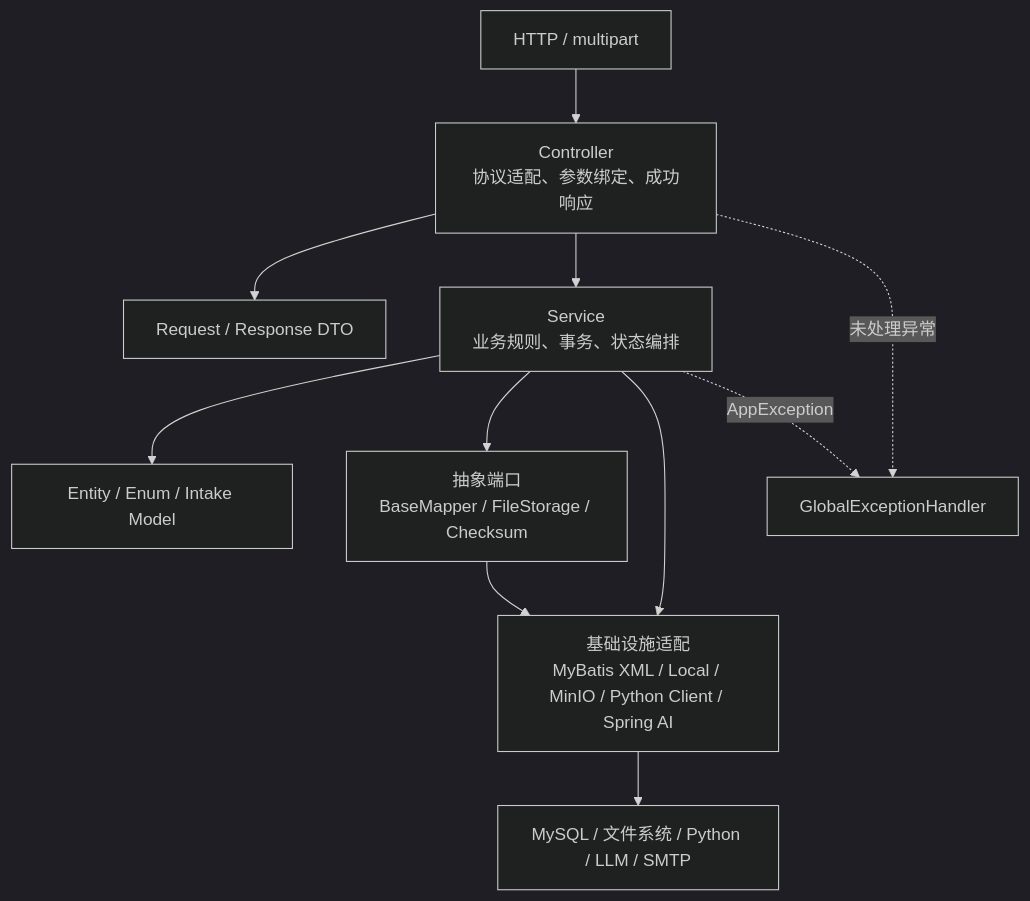
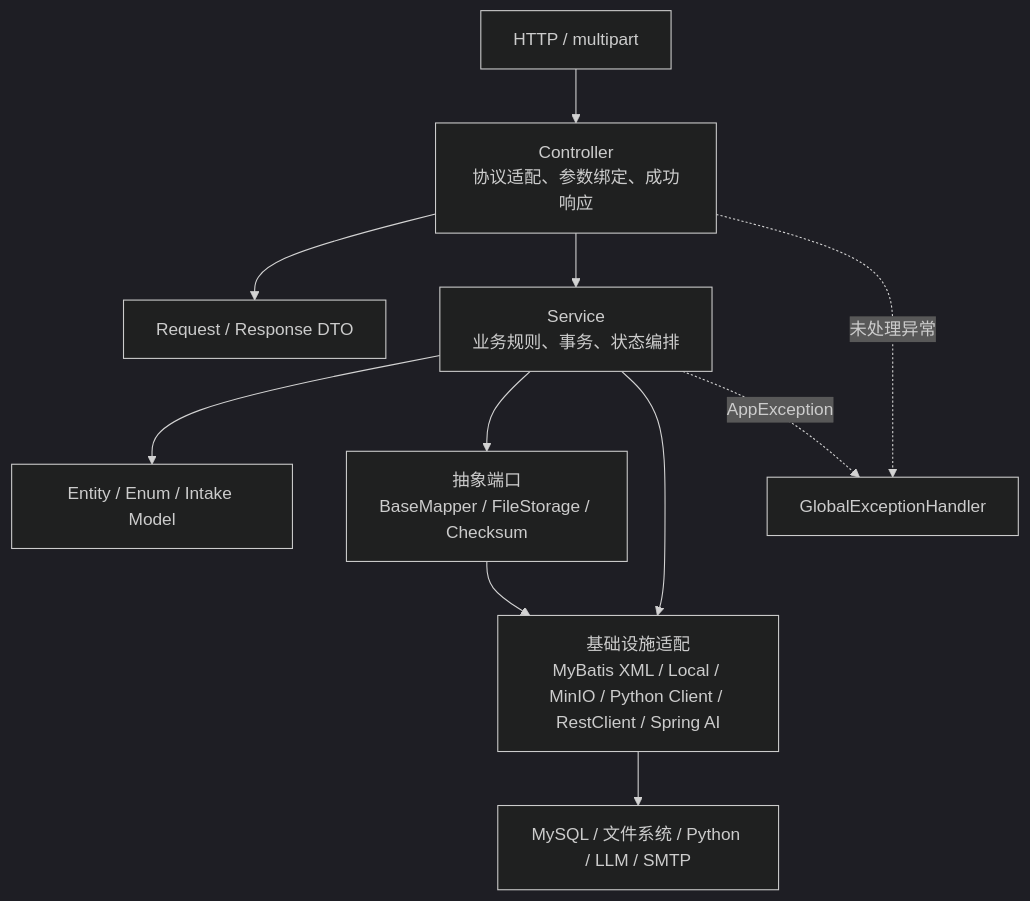
The second of 10 diagrams in docs/architecture.md (Jianshi-Lu/smart-bid-platform-be), drawn with Mermaid (dark theme) before and after one commit. The commit also changed other lines of this file and 44 other files, not shown here.

````diff
--- a/docs/architecture.md
+++ b/docs/architecture.md
@@ -109,23 +112,23 @@
 ```mermaid
 flowchart TD
     HTTP["HTTP / multipart"]
     CTRL["Controller<br/>协议适配、参数绑定、成功响应"]
     DTO["Request / Response DTO"]
     SVC["Service<br/>业务规则、事务、状态编排"]
     DOMAIN["Entity / Enum / Intake Model"]
     PORT["抽象端口<br/>BaseMapper / FileStorage / Checksum"]
-    ADAPTER["基础设施适配<br/>MyBatis XML / Local / MinIO / Python Client / Spring AI"]
+    ADAPTER["基础设施适配<br/>MyBatis XML / Local / MinIO / Python Client / RestClient / Spring AI"]
     EXT["MySQL / 文件系统 / Python / LLM / SMTP"]
     EX["GlobalExceptionHandler"]
 
     HTTP --> CTRL
     CTRL --> DTO
     CTRL --> SVC
     SVC --> DOMAIN
     SVC --> PORT
     PORT --> ADAPTER
     SVC --> ADAPTER
     ADAPTER --> EXT
     CTRL -. "未处理异常" .-> EX
     SVC -. "AppException" .-> EX
 ```
````
